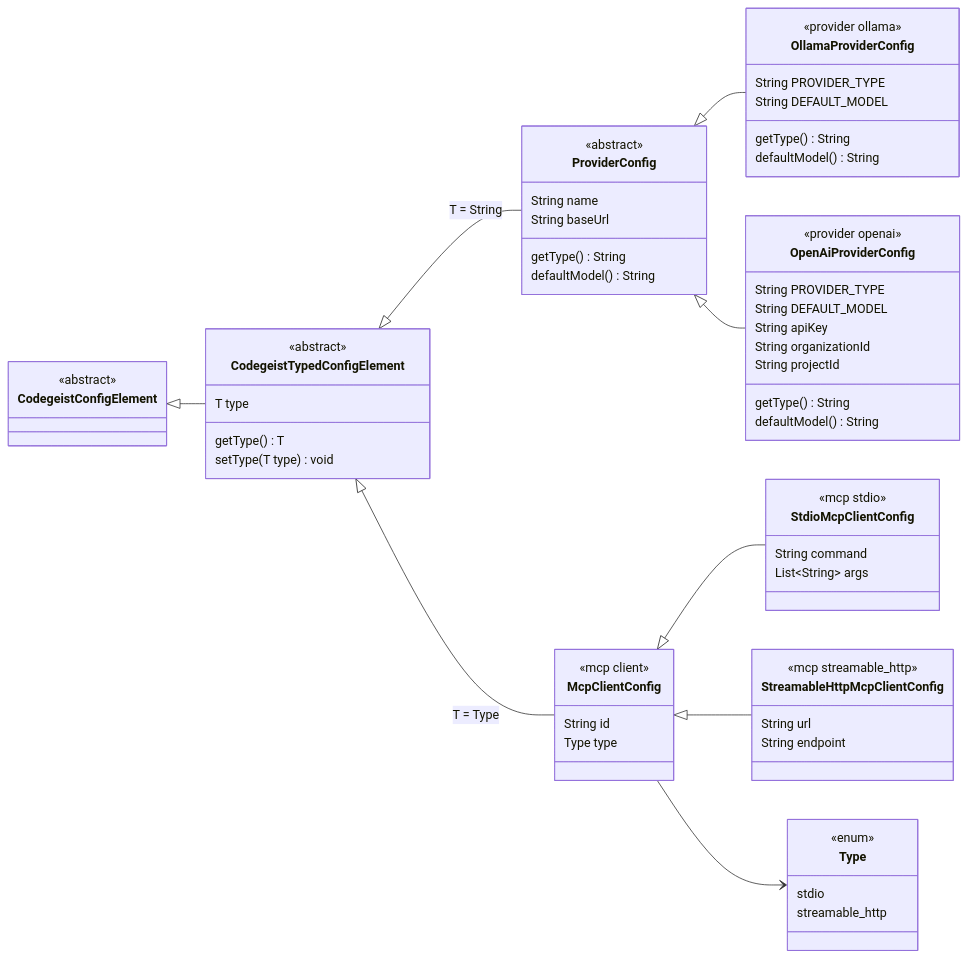
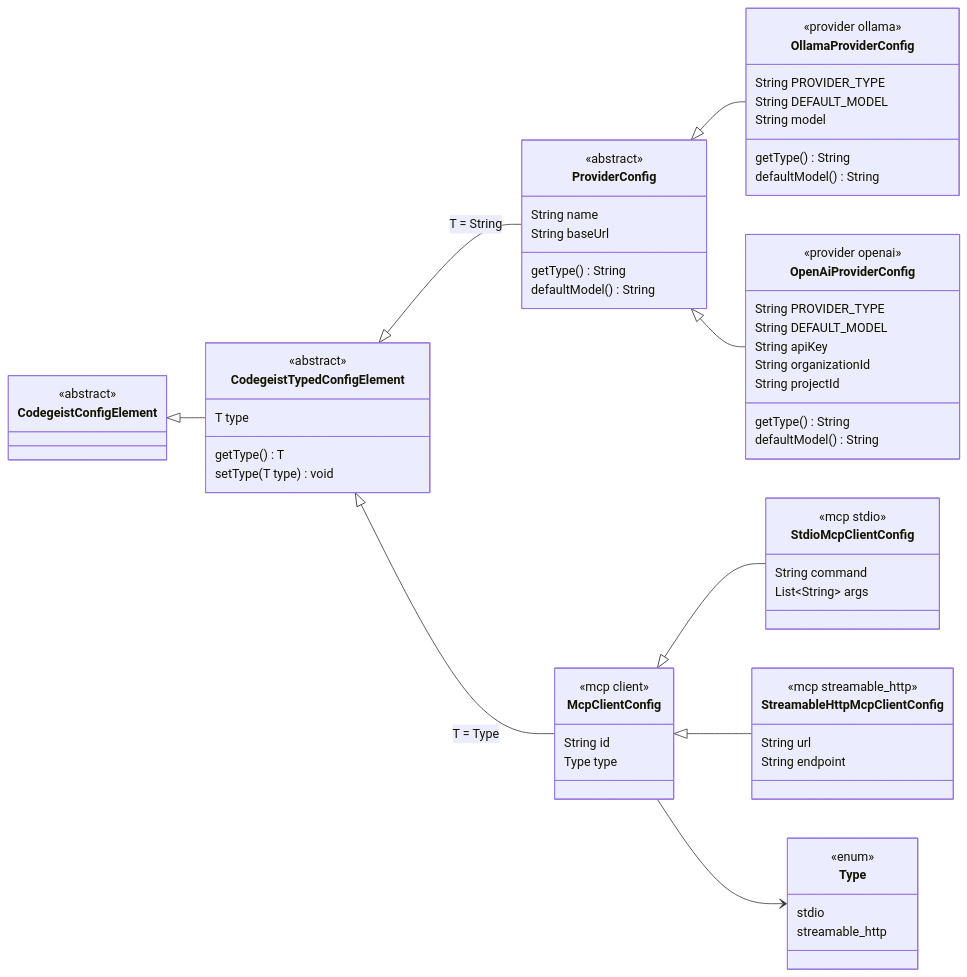
One commit to codegeist-ai/codegeist changed the first of 7 diagrams in docs/developer/architecture/provider-configuration.md. Above: the diagram before and after it, drawn with Mermaid. The commit also changed other lines of this file and 20 other files, not shown here.

````diff
--- a/docs/developer/architecture/provider-configuration.md
+++ b/docs/developer/architecture/provider-configuration.md
@@ -213,75 +215,76 @@
 ```mermaid
 classDiagram
     direction LR
 
     class CodegeistConfigElement {
       <<abstract>>
     }
 
     class CodegeistTypedConfigElement {
       <<abstract>>
       T type
       getType() T
       setType(T type) void
     }
 
     class ProviderConfig {
       <<abstract>>
       String name
       String baseUrl
       getType() String
       defaultModel() String
     }
 
     class OllamaProviderConfig {
       <<provider ollama>>
       String PROVIDER_TYPE
       String DEFAULT_MODEL
+      String model
       getType() String
       defaultModel() String
     }
 
     class OpenAiProviderConfig {
       <<provider openai>>
       String PROVIDER_TYPE
       String DEFAULT_MODEL
       String apiKey
       String organizationId
       String projectId
       getType() String
       defaultModel() String
     }
 
     class McpClientConfig {
       <<mcp client>>
       String id
       Type type
     }
 
     class StdioMcpClientConfig {
       <<mcp stdio>>
       String command
       List~String~ args
     }
 
     class StreamableHttpMcpClientConfig {
       <<mcp streamable_http>>
       String url
       String endpoint
     }
 
     class Type {
       <<enum>>
       stdio
       streamable_http
     }
 
     CodegeistConfigElement <|-- CodegeistTypedConfigElement
     CodegeistTypedConfigElement <|-- ProviderConfig : T = String
     ProviderConfig <|-- OllamaProviderConfig
     ProviderConfig <|-- OpenAiProviderConfig
     CodegeistTypedConfigElement <|-- McpClientConfig : T = Type
     McpClientConfig <|-- StdioMcpClientConfig
     McpClientConfig <|-- StreamableHttpMcpClientConfig
     McpClientConfig --> Type
 ```
````
